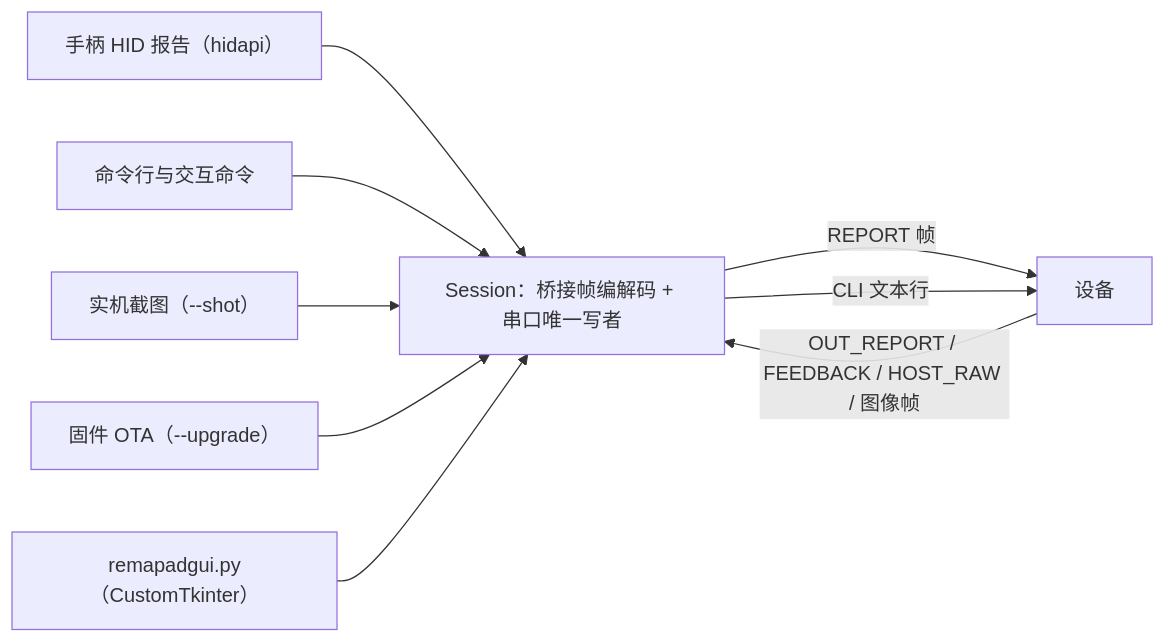
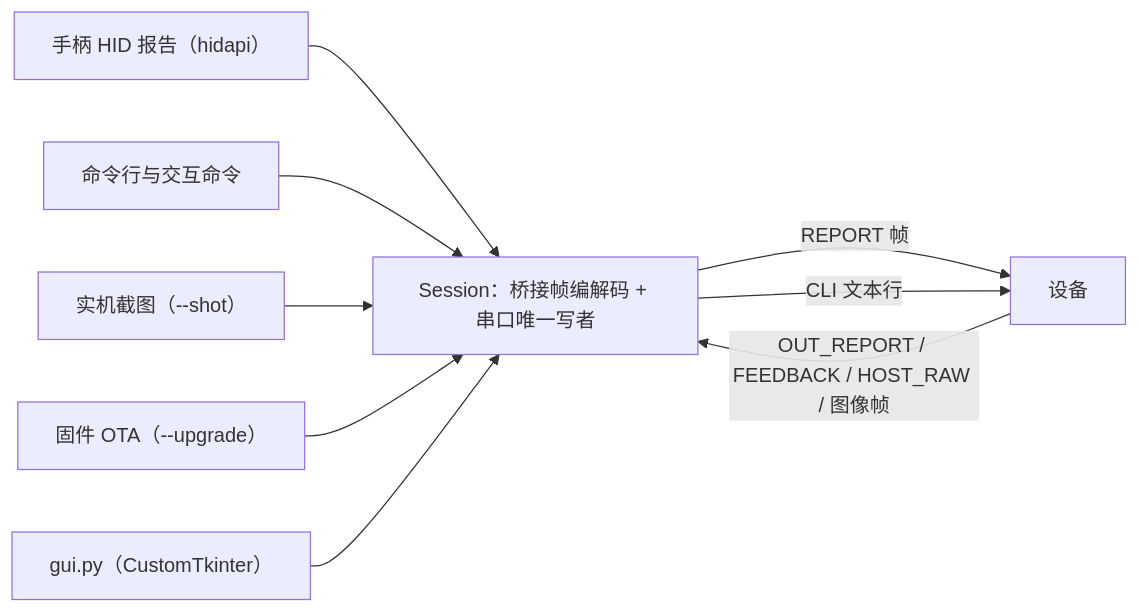
The diagram in pc/README.md (slime7/remapad), drawn with Mermaid before and after one commit. The commit also changed other lines of this file and 29 other files, not shown here.

````diff
--- a/pc/README.md
+++ b/pc/README.md
@@ -7,11 +7,11 @@
 ```mermaid
 flowchart LR
     Pad["手柄 HID 报告（hidapi）"] --> Session["Session：桥接帧编解码 + 串口唯一写者"]
     Session -->|"REPORT 帧"| Dev["设备"]
     Dev -->|"OUT_REPORT / FEEDBACK / HOST_RAW / 图像帧"| Session
     CLI["命令行与交互命令"] --> Session
     Shot["实机截图（--shot）"] --> Session
     OTA["固件 OTA（--upgrade）"] --> Session
-    GUI["remapadgui.py（CustomTkinter）"] --> Session
+    GUI["gui.py（CustomTkinter）"] --> Session
     Session -->|"CLI 文本行"| Dev
 ```
````
